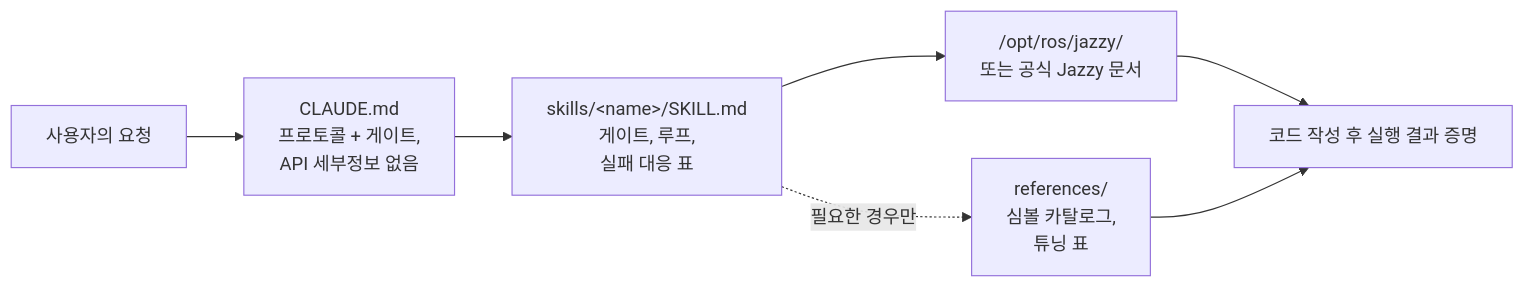
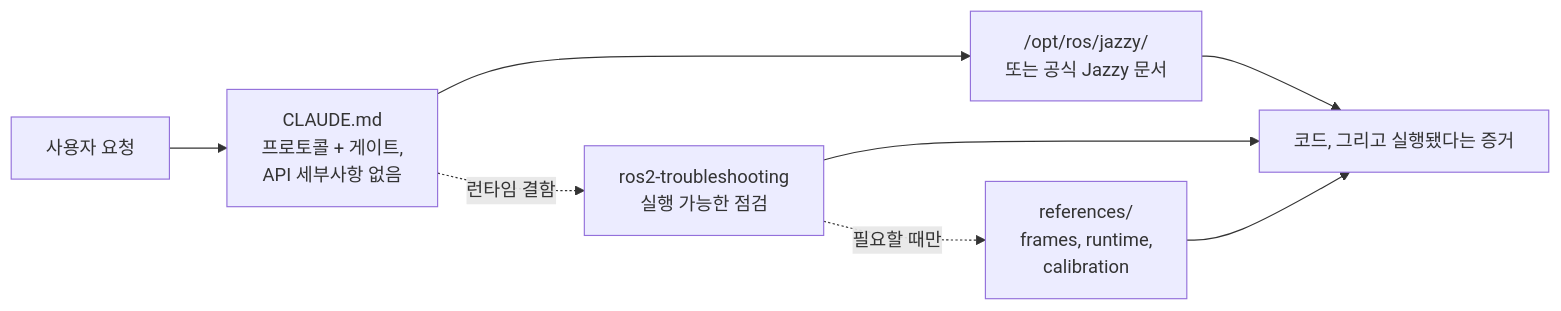
The diagram in README.ko.md (Leehyunbin0131/claude-ros2-skills), drawn with Mermaid before and after one commit. The commit also changed other lines of this file and 6 other files, not shown here.

````diff
--- a/README.ko.md
+++ b/README.ko.md
@@ -146,9 +164,10 @@
 ```mermaid
 flowchart LR
-    A["사용자의 요청"] --> B["CLAUDE.md<br/>프로토콜 + 게이트,<br/>API 세부정보 없음"]
-    B --> C["skills/&lt;name&gt;/SKILL.md<br/>게이트, 루프,<br/>실패 대응 표"]
-    C --> D["/opt/ros/jazzy/<br/>또는 공식 Jazzy 문서"]
-    C -.필요한 경우만.-> R["references/<br/>심볼 카탈로그,<br/>튜닝 표"]
-    D --> E["코드 작성 후 실행 결과 증명"]
+    A["사용자 요청"] --> B["CLAUDE.md<br/>프로토콜 + 게이트,<br/>API 세부사항 없음"]
+    B --> D["/opt/ros/jazzy/<br/>또는 공식 Jazzy 문서"]
+    B -.런타임 결함.-> C["ros2-troubleshooting<br/>실행 가능한 점검"]
+    C -.필요할 때만.-> R["references/<br/>frames, runtime,<br/>calibration"]
+    D --> E["코드, 그리고 실행됐다는 증거"]
+    C --> E
     R --> E
 ```
````
